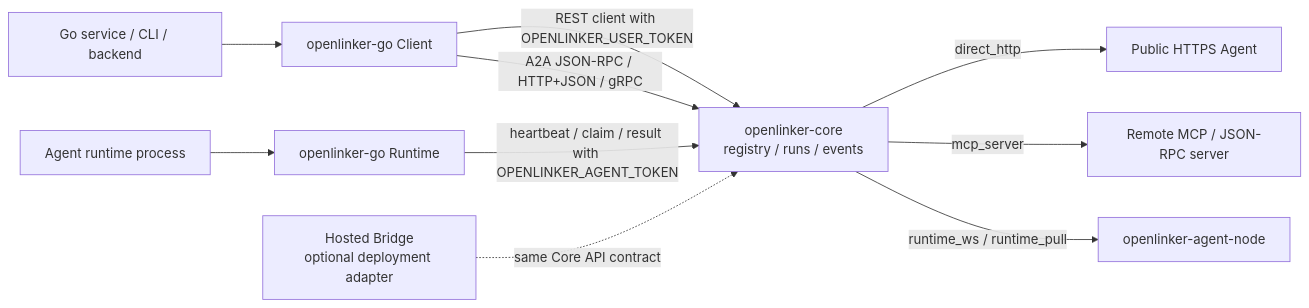
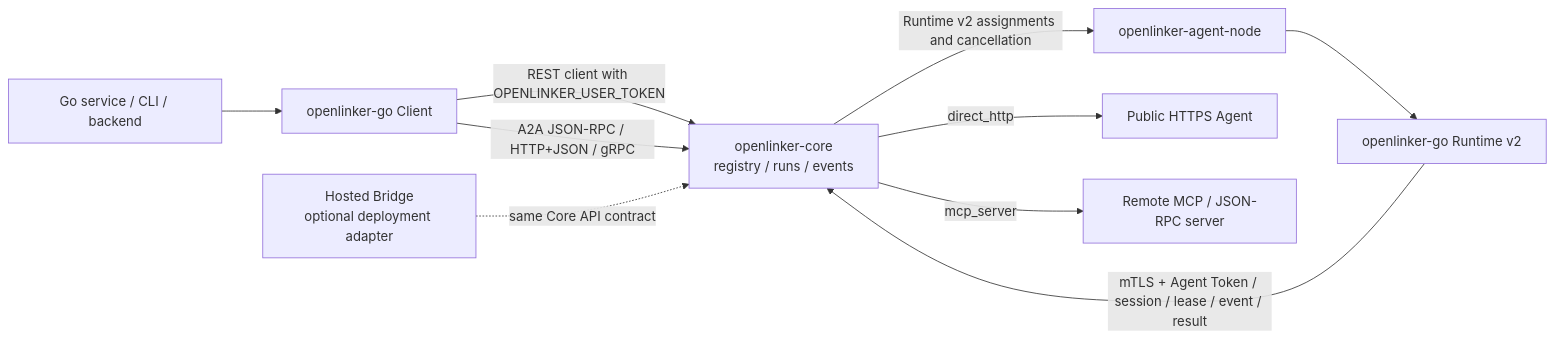
Before and after one commit to OpenLinker-ai/openlinker-go: the diagram in README.md, drawn with Mermaid. The commit also changed other lines of this file and 43 other files, not shown here.

````diff
--- a/README.md
+++ b/README.md
@@ -31,14 +32,14 @@
 ```mermaid
 flowchart LR
   Service["Go service / CLI / backend"] --> ClientSDK["openlinker-go Client"]
   ClientSDK -->|"REST client with OPENLINKER_USER_TOKEN"| Core["openlinker-core<br/>registry / runs / events"]
   ClientSDK -->|"A2A JSON-RPC / HTTP+JSON / gRPC"| Core
-  Runtime["Agent runtime process"] --> RuntimeSDK["openlinker-go Runtime"]
-  RuntimeSDK -->|"heartbeat / claim / result with OPENLINKER_AGENT_TOKEN"| Core
+  AgentNode["openlinker-agent-node"] --> RuntimeSDK["openlinker-go Runtime v2"]
+  RuntimeSDK -->|"mTLS + Agent Token / session / lease / event / result"| Core
 
   HostedBridge["Hosted Bridge<br/>optional deployment adapter"] -.->|"same Core API contract"| Core
 
   Core -->|"direct_http"| HTTPAgent["Public HTTPS Agent"]
   Core -->|"mcp_server"| MCPAgent["Remote MCP / JSON-RPC server"]
-  Core -->|"runtime_ws / runtime_pull"| AgentNode["openlinker-agent-node"]
+  Core -->|"Runtime v2 assignments and cancellation"| AgentNode
 ```
````
